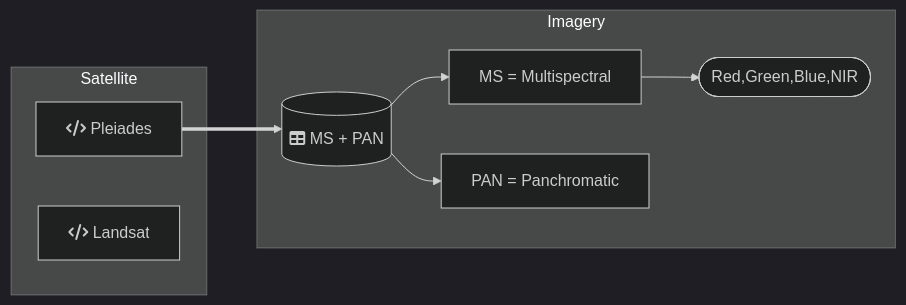
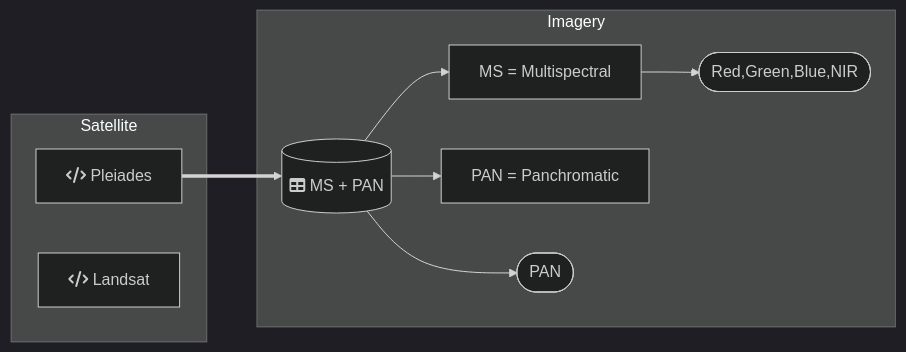
One commit to DippoldEJ/Satellite-Datasets changed the diagram in README.md. Above: the diagram before and after it, drawn with Mermaid (dark theme).

````diff
--- a/README.md
+++ b/README.md
@@ -10,20 +10,22 @@
 ```mermaid
 flowchart LR;
 
 subgraph Satellite
     s[fa:fa-code Pleiades]
     a[fa:fa-code Landsat]
     end
 
  subgraph Imagery
         db[(fa:fa-table MS + PAN)]
         m[MS = Multispectral]
         p[PAN = Panchromatic]
         b([Red,Green,Blue,NIR])
+        c([PAN])
     end
 
     s==>db
     db-->m
     db-->p
     m-->b
+    db-->c
 ```
````
